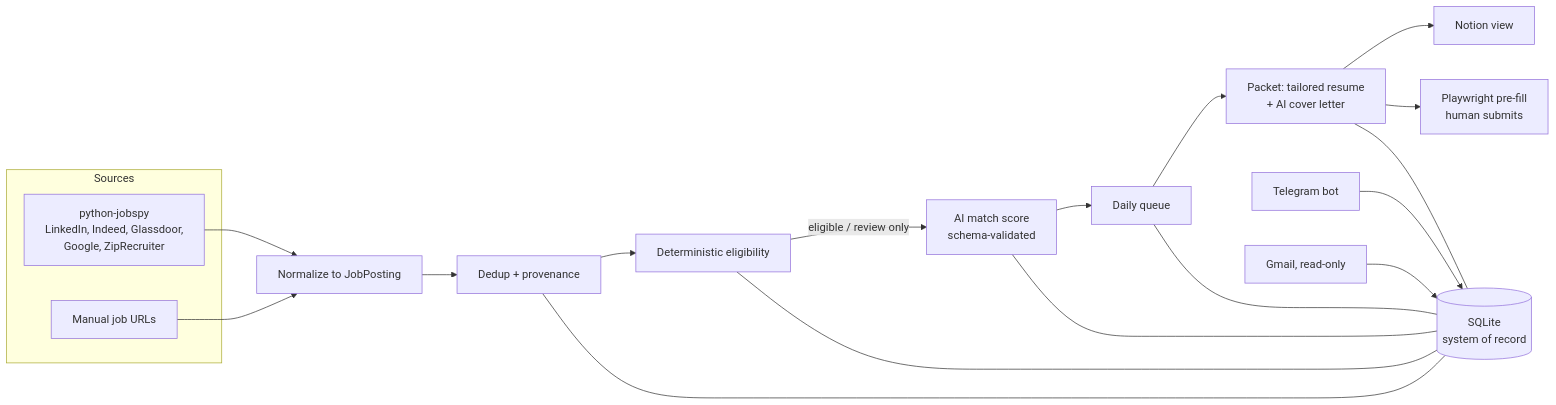
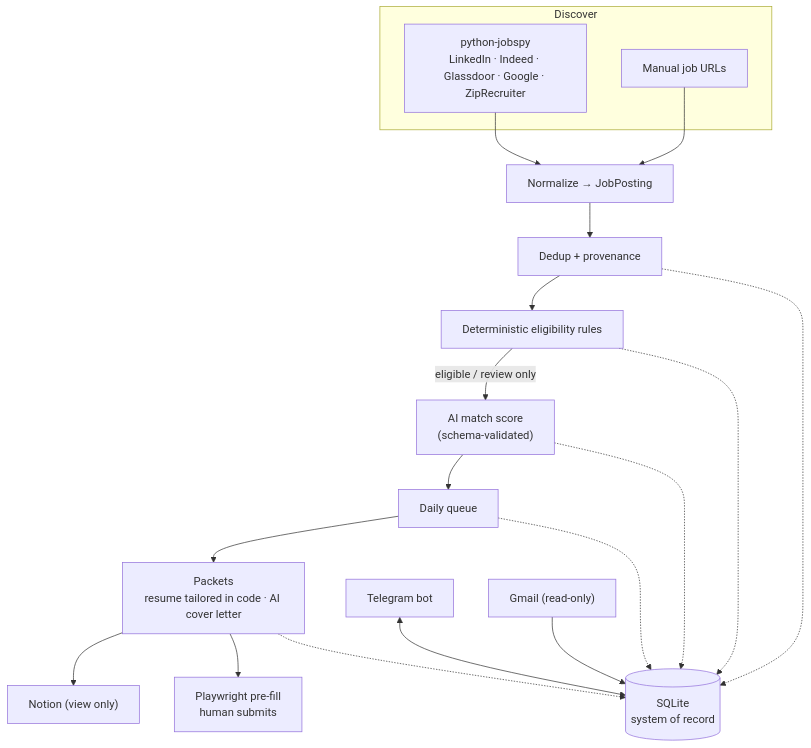
Before and after one commit to Rahhhdayz/Applywise: the second of 2 diagrams in README.md, drawn with Mermaid. The commit also changed other lines of this file and 4 other files, not shown here.

````diff
--- a/README.md
+++ b/README.md
@@ -23,24 +60,19 @@
 ```mermaid
-flowchart LR
-    subgraph Sources
-        JS[python-jobspy<br/>LinkedIn, Indeed, Glassdoor,<br/>Google, ZipRecruiter]
-        URL[Manual job URLs]
+flowchart TB
+    subgraph Discover
+        JS["python-jobspy<br/>LinkedIn · Indeed · Glassdoor · Google · ZipRecruiter"]
+        URL["Manual job URLs"]
     end
-    JS --> N[Normalize to JobPosting]
-    URL --> N
-    N --> D[Dedup + provenance]
-    D --> E[Deterministic eligibility]
-    E -->|eligible / review only| S[AI match score<br/>schema-validated]
-    S --> Q[Daily queue]
-    Q --> P[Packet: tailored resume<br/>+ AI cover letter]
-    P --> NO[Notion view]
-    P --> F[Playwright pre-fill<br/>human submits]
-    DB[(SQLite<br/>system of record)]
-    D --- DB
-    E --- DB
-    S --- DB
-    Q --- DB
-    P --- DB
-    TG[Telegram bot] --> DB
-    GM[Gmail, read-only] --> DB
+    JS & URL --> N["Normalize → JobPosting"]
+    N --> D["Dedup + provenance"]
+    D --> E["Deterministic eligibility rules"]
+    E -->|"eligible / review only"| S["AI match score<br/>(schema-validated)"]
+    S --> Q["Daily queue"]
+    Q --> P["Packets<br/>resume tailored in code · AI cover letter"]
+    P --> NO["Notion (view only)"]
+    P --> F["Playwright pre-fill<br/>human submits"]
+    DB[("SQLite<br/>system of record")]
+    D & E & S & Q & P -.-> DB
+    TG["Telegram bot"] <--> DB
+    GM["Gmail (read-only)"] --> DB
 ```
````
